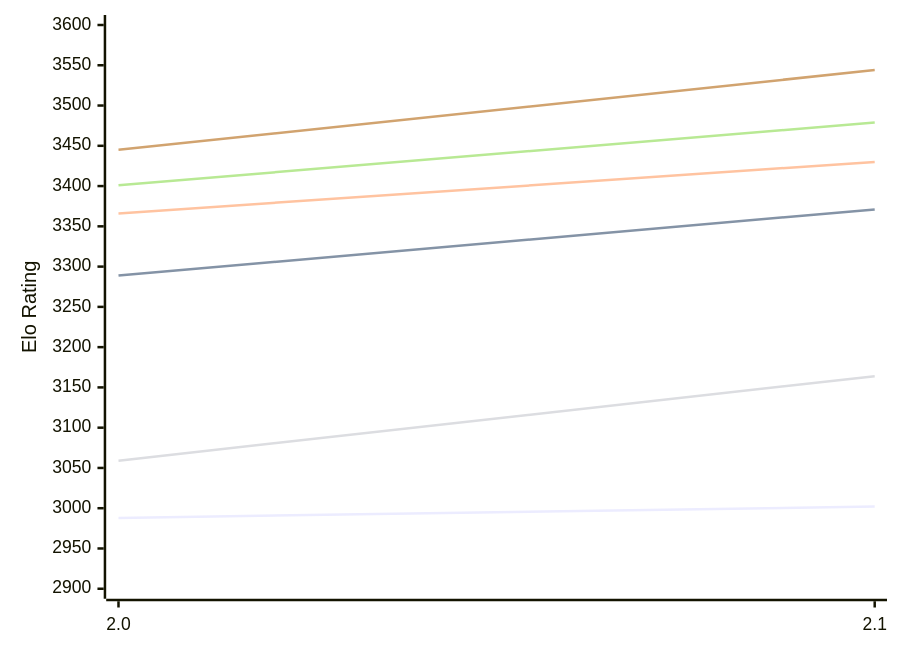
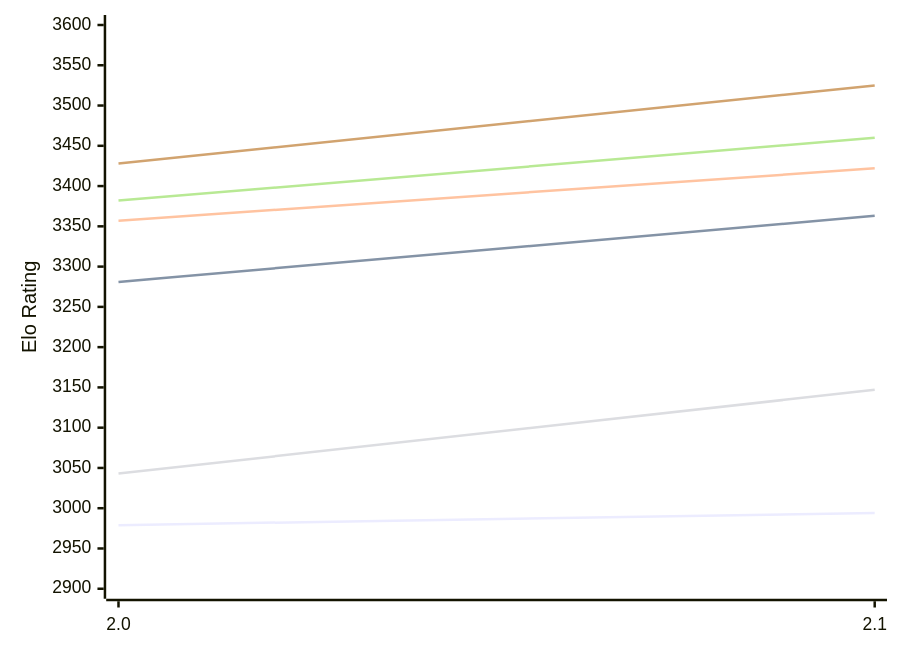
One commit to computer-chess-index/cci changed the first of 2 diagrams in engines/Onslaught.md. Above: the diagram before and after it, drawn with Mermaid. The commit also changed other lines of this file, not shown here.

Commit message:
Update CCI Ratings (ELO VLTC) - 2026-11-02

````diff
--- a/engines/Onslaught.md
+++ b/engines/Onslaught.md
@@ -50,12 +50,12 @@
 ```mermaid
 %%{init: {"theme":"base","themeVariables":{"seriesColors:['#a3a3a3','#222221','#faa371']}}}%%
 xychart-beta
   x-axis ["2.0", "2.1"]
   y-axis "Elo Rating" 2900 --> 3600
-  line "E1: STC (8.0+0.08s)" [2988, 3002]
-  line "E1: LTC (60.0+0.60s)" [3289, 3371]
-  line "E1: VLTC (2m24s+1.12s)" [3366, 3430]
-  line "P1: STC (8.0+0.08s)" [3059, 3164]
-  line "P1: LTC (60.0+0.60s)" [3401, 3479]
-  line "P1: VLTC (2m24s+1.12s)" [3445, 3544]
+  line "E1: STC (8.0+0.08s)" [2979, 2994]
+  line "E1: LTC (60.0+0.60s)" [3281, 3363]
+  line "E1: VLTC (2m24s+1.12s)" [3357, 3422]
+  line "P1: STC (8.0+0.08s)" [3043, 3147]
+  line "P1: LTC (60.0+0.60s)" [3382, 3460]
+  line "P1: VLTC (2m24s+1.12s)" [3428, 3525]
 ```
````
